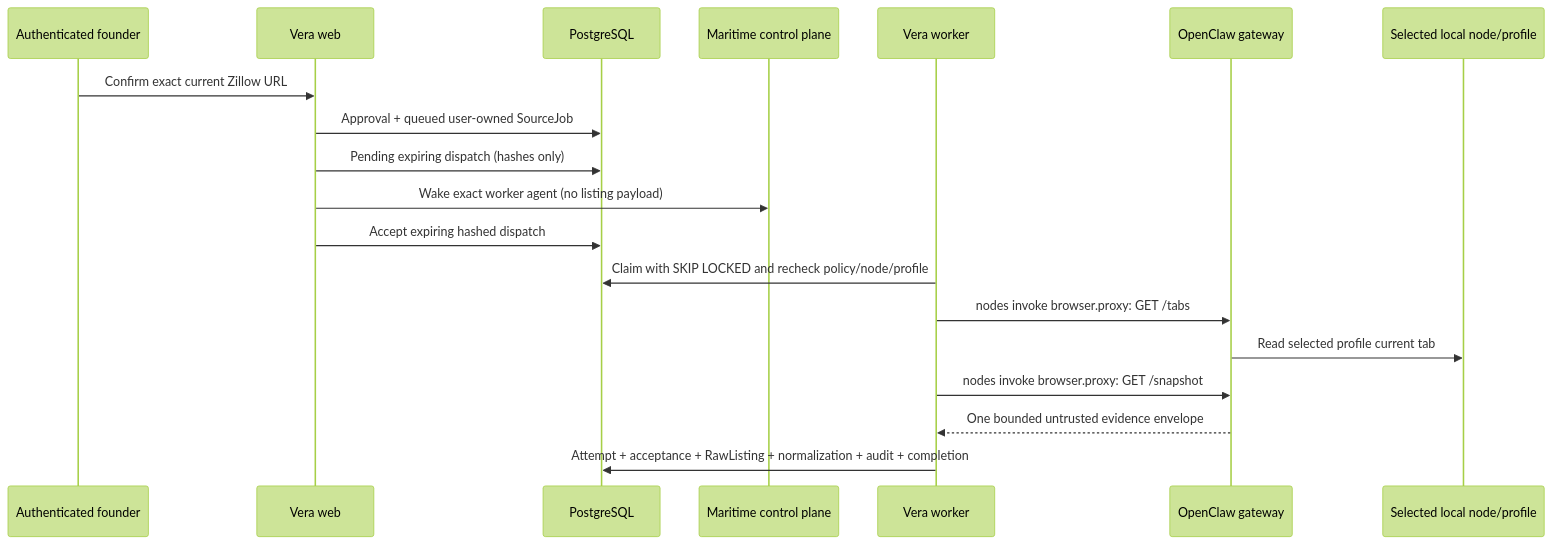
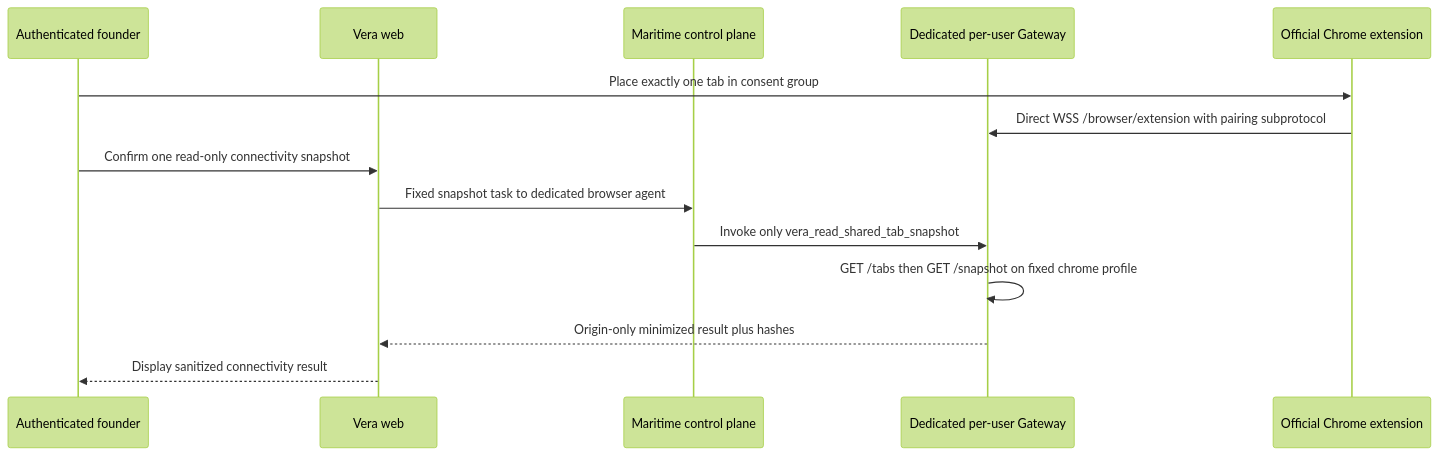
The third of 3 diagrams in docs/ARCHITECTURE.md (zukhriddingit/VeraAI), drawn with Mermaid (forest theme) before and after one commit. The commit also changed other lines of this file and 106 other files, not shown here.

First line of the commit message:
feat: add founder browser remote extension transport

````diff
--- a/docs/ARCHITECTURE.md
+++ b/docs/ARCHITECTURE.md
@@ -106,21 +107,16 @@
 ```mermaid
 sequenceDiagram
   participant U as Authenticated founder
   participant W as Vera web
-  participant P as PostgreSQL
   participant M as Maritime control plane
-  participant K as Vera worker
-  participant G as OpenClaw gateway
-  participant N as Selected local node/profile
-  U->>W: Confirm exact current Zillow URL
-  W->>P: Approval + queued user-owned SourceJob
-  W->>P: Pending expiring dispatch (hashes only)
-  W->>M: Wake exact worker agent (no listing payload)
-  W->>P: Accept expiring hashed dispatch
-  K->>P: Claim with SKIP LOCKED and recheck policy/node/profile
-  K->>G: nodes invoke browser.proxy: GET /tabs
-  G->>N: Read selected profile current tab
-  K->>G: nodes invoke browser.proxy: GET /snapshot
-  G-->>K: One bounded untrusted evidence envelope
-  K->>P: Attempt + acceptance + RawListing + normalization + audit + completion
+  participant G as Dedicated per-user Gateway
+  participant E as Official Chrome extension
+  U->>E: Place exactly one tab in consent group
+  E->>G: Direct WSS /browser/extension with pairing subprotocol
+  U->>W: Confirm one read-only connectivity snapshot
+  W->>M: Fixed snapshot task to dedicated browser agent
+  M->>G: Invoke only vera_read_shared_tab_snapshot
+  G->>G: GET /tabs then GET /snapshot on fixed chrome profile
+  G-->>W: Origin-only minimized result plus hashes
+  W-->>U: Display sanitized connectivity result
 ```
````
